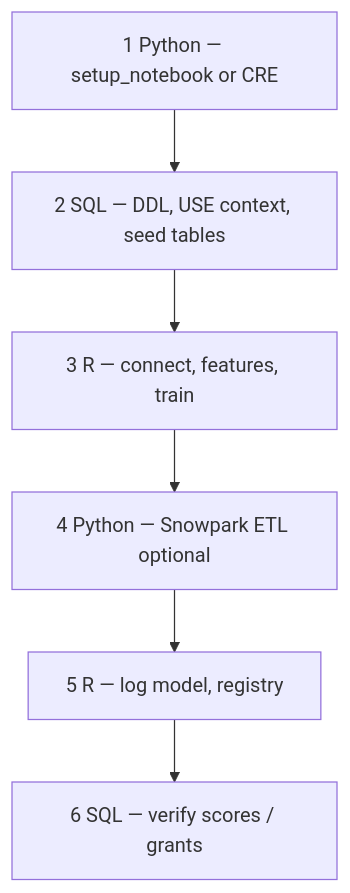
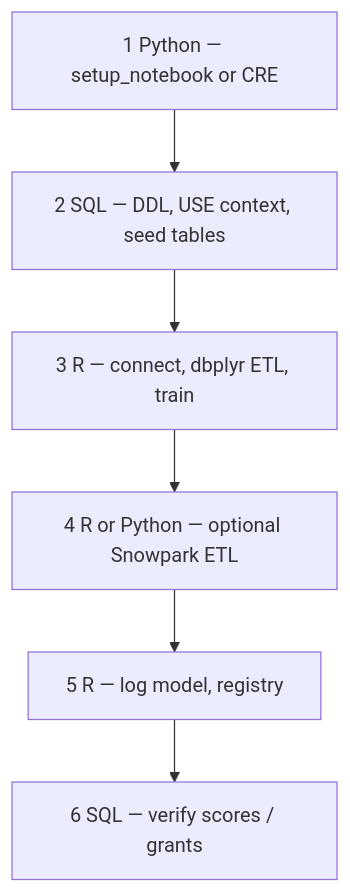
Before and after one commit to Snowflake-Labs/snowflakeR: the third of 3 diagrams in guide/Hitchhikers_Guide_to_R_in_Snowflake/08_r_cells_and_interop/index.qmd, drawn with Mermaid. The commit also changed other lines of this file and 13 other files, not shown here.

````diff
--- a/guide/Hitchhikers_Guide_to_R_in_Snowflake/08_r_cells_and_interop/index.qmd
+++ b/guide/Hitchhikers_Guide_to_R_in_Snowflake/08_r_cells_and_interop/index.qmd
@@ -367,10 +367,10 @@
 ```{mermaid}
 flowchart TD
   C1["1 Python — setup_notebook or CRE"]
   C2["2 SQL — DDL, USE context, seed tables"]
-  C3["3 R — connect, features, train"]
-  C4["4 Python — Snowpark ETL optional"]
+  C3["3 R — connect, dbplyr ETL, train"]
+  C4["4 R or Python — optional Snowpark ETL"]
   C5["5 R — log model, registry"]
   C6["6 SQL — verify scores / grants"]
   C1 --> C2 --> C3 --> C4 --> C5 --> C6
 ```
````
